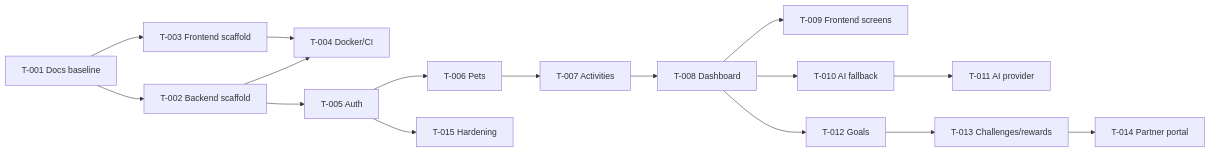
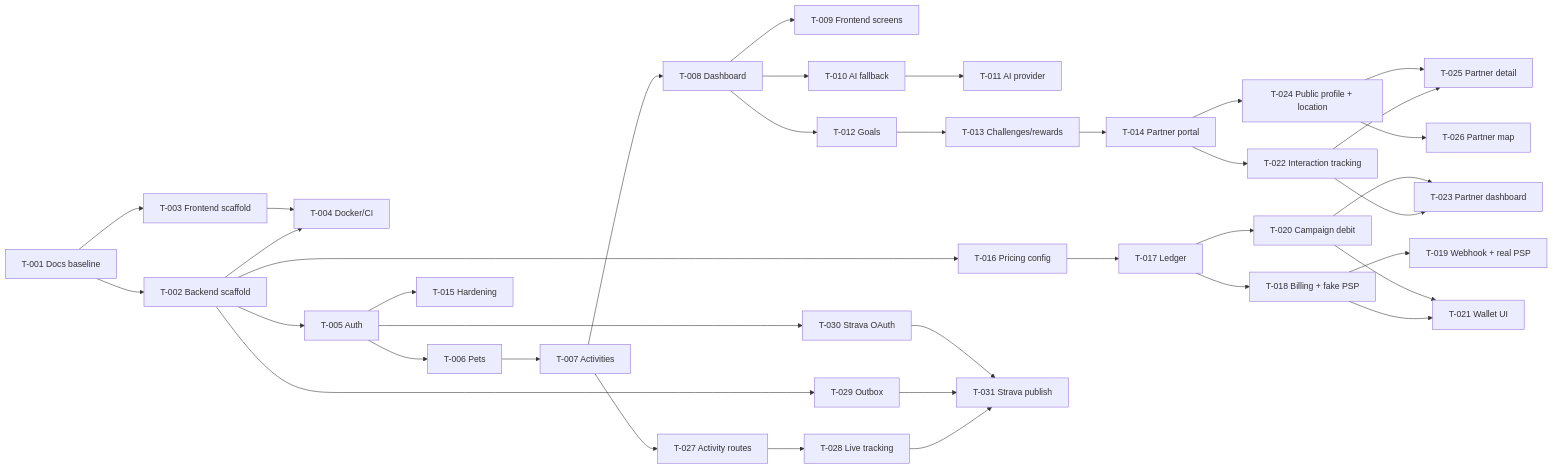
Before and after one commit to i3focus/paw-motion-ai: the diagram in docs/tasks/dependencies.md, drawn with Mermaid. The commit also changed other lines of this file and 21 other files, not shown here.

Commit message:
Document CR-2026-11: partner credits ledger, discovery, live tracking, Strava

````diff
--- a/docs/tasks/dependencies.md
+++ b/docs/tasks/dependencies.md
@@ -3,18 +3,39 @@
 ```mermaid
 flowchart LR
     T001[T-001 Docs baseline] --> T002[T-002 Backend scaffold]
     T001 --> T003[T-003 Frontend scaffold]
     T002 --> T004[T-004 Docker/CI]
     T003 --> T004
     T002 --> T005[T-005 Auth]
     T005 --> T006[T-006 Pets]
     T006 --> T007[T-007 Activities]
     T007 --> T008[T-008 Dashboard]
     T008 --> T009[T-009 Frontend screens]
     T008 --> T010[T-010 AI fallback]
     T010 --> T011[T-011 AI provider]
     T008 --> T012[T-012 Goals]
     T012 --> T013[T-013 Challenges/rewards]
     T013 --> T014[T-014 Partner portal]
     T005 --> T015[T-015 Hardening]
+    T002 --> T016[T-016 Pricing config]
+    T016 --> T017[T-017 Ledger]
+    T017 --> T018[T-018 Billing + fake PSP]
+    T018 --> T019[T-019 Webhook + real PSP]
+    T017 --> T020[T-020 Campaign debit]
+    T018 --> T021[T-021 Wallet UI]
+    T020 --> T021
+    T014 --> T022[T-022 Interaction tracking]
+    T022 --> T023[T-023 Partner dashboard]
+    T020 --> T023
+    T014 --> T024[T-024 Public profile + location]
+    T022 --> T025[T-025 Partner detail]
+    T024 --> T025
+    T024 --> T026[T-026 Partner map]
+    T007 --> T027[T-027 Activity routes]
+    T027 --> T028[T-028 Live tracking]
+    T002 --> T029[T-029 Outbox]
+    T005 --> T030[T-030 Strava OAuth]
+    T028 --> T031[T-031 Strava publish]
+    T029 --> T031
+    T030 --> T031
 ```
````
